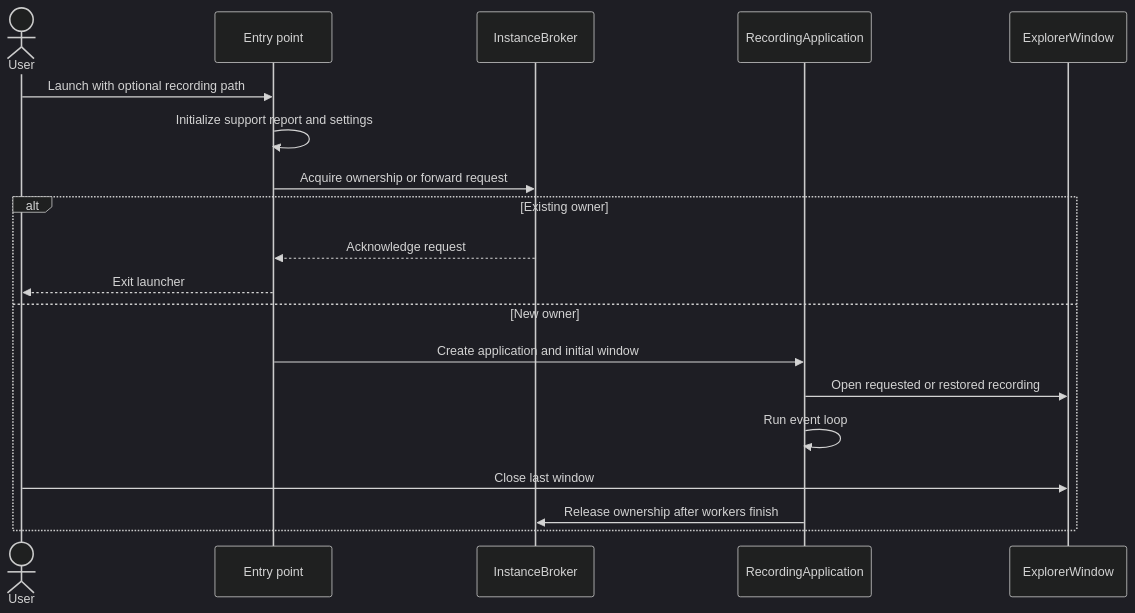
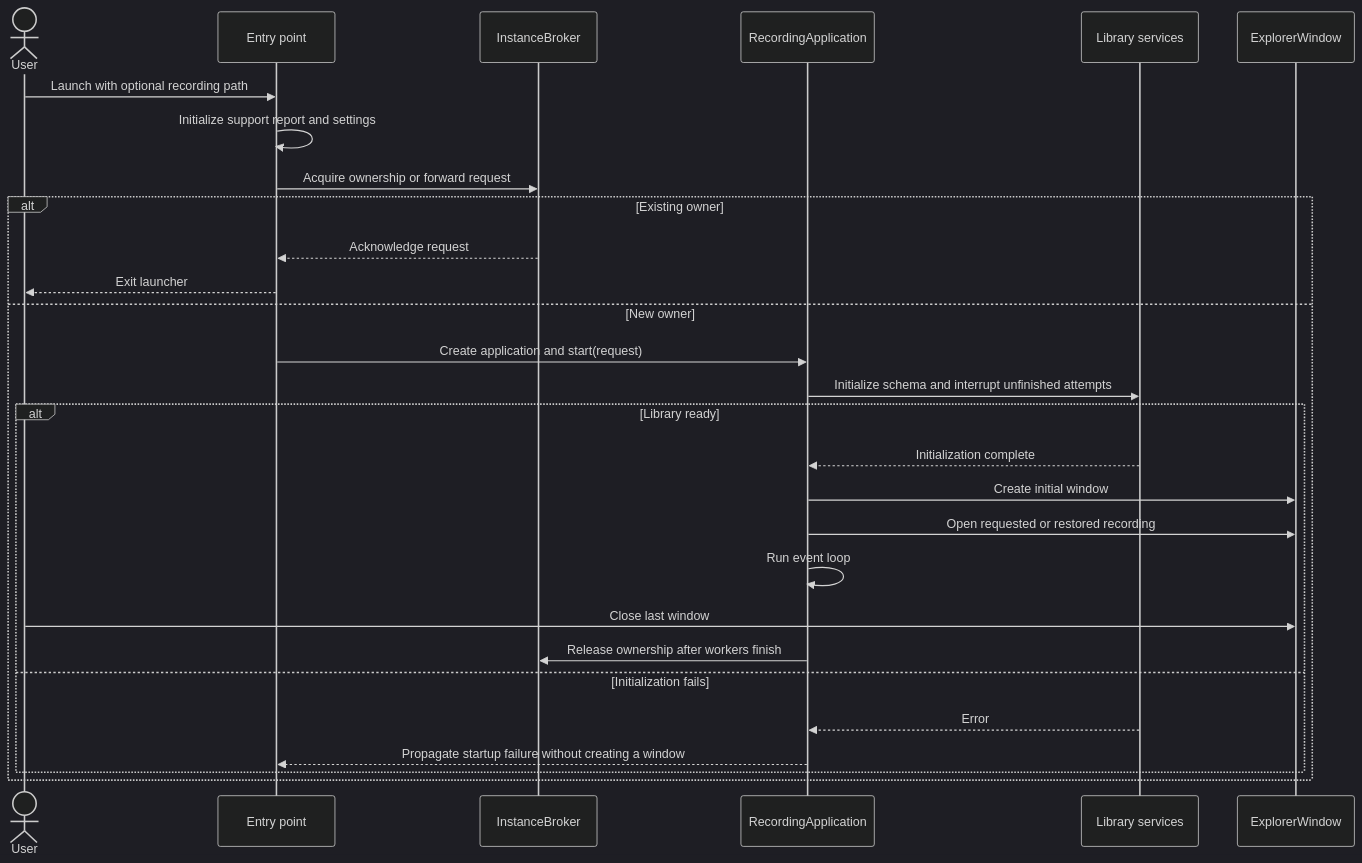
One commit to rudnerbjoern/ride-forces-analyzer changed the first of 6 diagrams in docs/architecture/06_runtime_view.md. Above: the diagram before and after it, drawn with Mermaid (dark theme). The commit also changed other lines of this file and 45 other files, not shown here.

````diff
--- a/docs/architecture/06_runtime_view.md
+++ b/docs/architecture/06_runtime_view.md
@@ -21,21 +22,30 @@
 ```mermaid
 sequenceDiagram
     actor User
     participant Entry as Entry point
     participant Broker as InstanceBroker
     participant App as RecordingApplication
+    participant Library as Library services
     participant Window as ExplorerWindow
     User->>Entry: Launch with optional recording path
     Entry->>Entry: Initialize support report and settings
     Entry->>Broker: Acquire ownership or forward request
     alt Existing owner
         Broker-->>Entry: Acknowledge request
         Entry-->>User: Exit launcher
     else New owner
-        Entry->>App: Create application and initial window
-        App->>Window: Open requested or restored recording
-        App->>App: Run event loop
-        User->>Window: Close last window
-        App->>Broker: Release ownership after workers finish
+        Entry->>App: Create application and start(request)
+        App->>Library: Initialize schema and interrupt unfinished attempts
+        alt Library ready
+            Library-->>App: Initialization complete
+            App->>Window: Create initial window
+            App->>Window: Open requested or restored recording
+            App->>App: Run event loop
+            User->>Window: Close last window
+            App->>Broker: Release ownership after workers finish
+        else Initialization fails
+            Library-->>App: Error
+            App-->>Entry: Propagate startup failure without creating a window
+        end
     end
 ```
````
